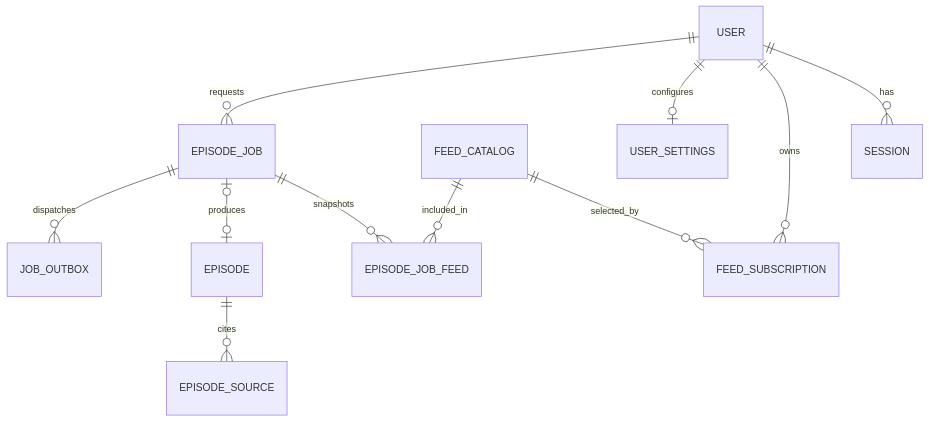
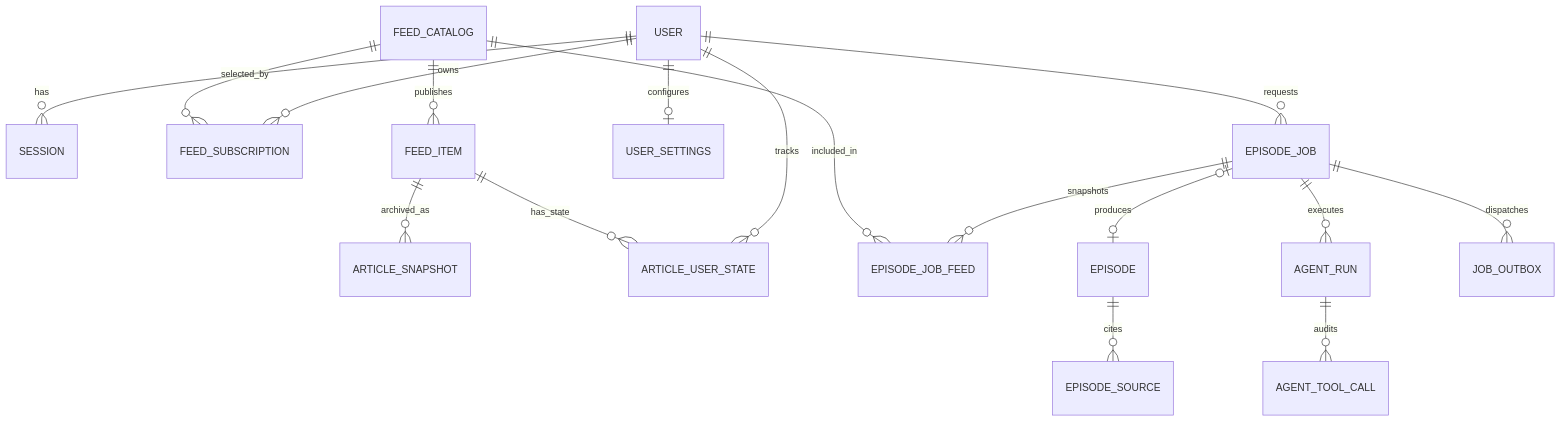
The seventh of 7 diagrams in docs/architecture.md (r4ai/news-podcast), drawn with Mermaid before and after one commit. The commit also changed other lines of this file and 49 other files, not shown here.

````diff
--- a/docs/architecture.md
+++ b/docs/architecture.md
@@ -188,13 +191,19 @@
 ```mermaid
 erDiagram
   USER ||--o{ SESSION : has
   USER ||--o{ FEED_SUBSCRIPTION : owns
   FEED_CATALOG ||--o{ FEED_SUBSCRIPTION : selected_by
+  FEED_CATALOG ||--o{ FEED_ITEM : publishes
+  FEED_ITEM ||--o{ ARTICLE_SNAPSHOT : archived_as
+  USER ||--o{ ARTICLE_USER_STATE : tracks
+  FEED_ITEM ||--o{ ARTICLE_USER_STATE : has_state
   USER ||--o| USER_SETTINGS : configures
   USER ||--o{ EPISODE_JOB : requests
   EPISODE_JOB ||--o{ EPISODE_JOB_FEED : snapshots
   FEED_CATALOG ||--o{ EPISODE_JOB_FEED : included_in
   EPISODE_JOB o|--o| EPISODE : produces
   EPISODE ||--o{ EPISODE_SOURCE : cites
+  EPISODE_JOB ||--o{ AGENT_RUN : executes
+  AGENT_RUN ||--o{ AGENT_TOOL_CALL : audits
   EPISODE_JOB ||--o{ JOB_OUTBOX : dispatches
 ```
````
